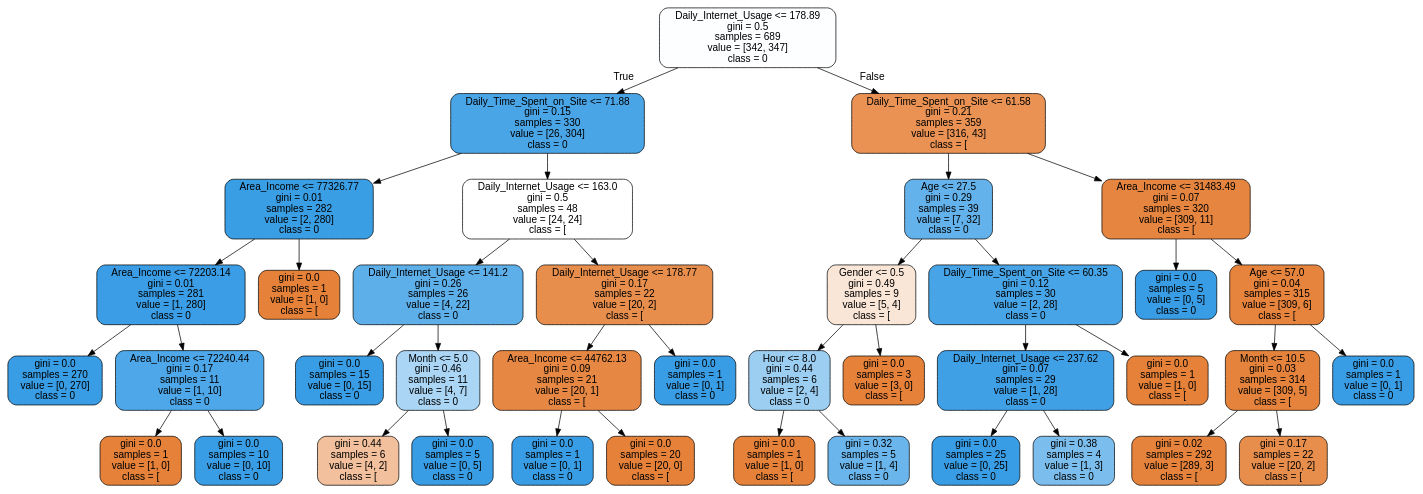
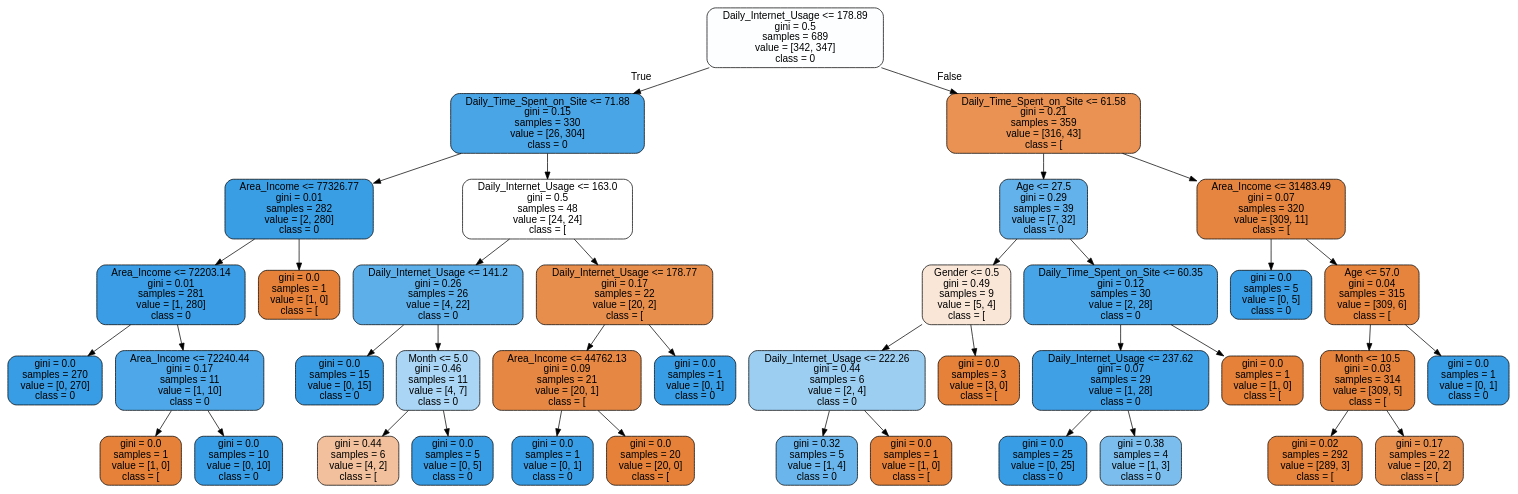
One commit to cmmoreno9/Effective_Targeting_of_Advertisments changed the diagram in code/tree.dot. Above: the diagram before and after it, drawn with Graphviz. The commit also changed 7 other files, not shown here.

```diff
--- a/code/tree.dot
+++ b/code/tree.dot
@@ -1,81 +1,81 @@
 digraph Tree {
 node [shape=box, style="filled, rounded", color="black", fontname="helvetica"] ;
 edge [fontname="helvetica"] ;
 0 [label="Daily_Internet_Usage <= 178.89\ngini = 0.5\nsamples = 689\nvalue = [342, 347]\nclass = 0", fillcolor="#fcfeff"] ;
 1 [label="Daily_Time_Spent_on_Site <= 71.88\ngini = 0.15\nsamples = 330\nvalue = [26, 304]\nclass = 0", fillcolor="#4aa5e7"] ;
 0 -> 1 [labeldistance=2.5, labelangle=45, headlabel="True"] ;
 2 [label="Area_Income <= 77326.77\ngini = 0.01\nsamples = 282\nvalue = [2, 280]\nclass = 0", fillcolor="#3a9ee5"] ;
 1 -> 2 ;
 3 [label="Area_Income <= 72203.14\ngini = 0.01\nsamples = 281\nvalue = [1, 280]\nclass = 0", fillcolor="#3a9de5"] ;
 2 -> 3 ;
 4 [label="gini = 0.0\nsamples = 270\nvalue = [0, 270]\nclass = 0", fillcolor="#399de5"] ;
 3 -> 4 ;
 5 [label="Area_Income <= 72240.44\ngini = 0.17\nsamples = 11\nvalue = [1, 10]\nclass = 0", fillcolor="#4da7e8"] ;
 3 -> 5 ;
 6 [label="gini = 0.0\nsamples = 1\nvalue = [1, 0]\nclass = [", fillcolor="#e58139"] ;
 5 -> 6 ;
 7 [label="gini = 0.0\nsamples = 10\nvalue = [0, 10]\nclass = 0", fillcolor="#399de5"] ;
 5 -> 7 ;
 8 [label="gini = 0.0\nsamples = 1\nvalue = [1, 0]\nclass = [", fillcolor="#e58139"] ;
 2 -> 8 ;
 9 [label="Daily_Internet_Usage <= 163.0\ngini = 0.5\nsamples = 48\nvalue = [24, 24]\nclass = [", fillcolor="#ffffff"] ;
 1 -> 9 ;
 10 [label="Daily_Internet_Usage <= 141.2\ngini = 0.26\nsamples = 26\nvalue = [4, 22]\nclass = 0", fillcolor="#5dafea"] ;
 9 -> 10 ;
 11 [label="gini = 0.0\nsamples = 15\nvalue = [0, 15]\nclass = 0", fillcolor="#399de5"] ;
 10 -> 11 ;
 12 [label="Month <= 5.0\ngini = 0.46\nsamples = 11\nvalue = [4, 7]\nclass = 0", fillcolor="#aad5f4"] ;
 10 -> 12 ;
 13 [label="gini = 0.44\nsamples = 6\nvalue = [4, 2]\nclass = [", fillcolor="#f2c09c"] ;
 12 -> 13 ;
 14 [label="gini = 0.0\nsamples = 5\nvalue = [0, 5]\nclass = 0", fillcolor="#399de5"] ;
 12 -> 14 ;
 15 [label="Daily_Internet_Usage <= 178.77\ngini = 0.17\nsamples = 22\nvalue = [20, 2]\nclass = [", fillcolor="#e88e4d"] ;
 9 -> 15 ;
 16 [label="Area_Income <= 44762.13\ngini = 0.09\nsamples = 21\nvalue = [20, 1]\nclass = [", fillcolor="#e68743"] ;
 15 -> 16 ;
 17 [label="gini = 0.0\nsamples = 1\nvalue = [0, 1]\nclass = 0", fillcolor="#399de5"] ;
 16 -> 17 ;
 18 [label="gini = 0.0\nsamples = 20\nvalue = [20, 0]\nclass = [", fillcolor="#e58139"] ;
 16 -> 18 ;
 19 [label="gini = 0.0\nsamples = 1\nvalue = [0, 1]\nclass = 0", fillcolor="#399de5"] ;
 15 -> 19 ;
 20 [label="Daily_Time_Spent_on_Site <= 61.58\ngini = 0.21\nsamples = 359\nvalue = [316, 43]\nclass = [", fillcolor="#e99254"] ;
 0 -> 20 [labeldistance=2.5, labelangle=-45, headlabel="False"] ;
 21 [label="Age <= 27.5\ngini = 0.29\nsamples = 39\nvalue = [7, 32]\nclass = 0", fillcolor="#64b2eb"] ;
 20 -> 21 ;
 22 [label="Gender <= 0.5\ngini = 0.49\nsamples = 9\nvalue = [5, 4]\nclass = [", fillcolor="#fae6d7"] ;
 21 -> 22 ;
-23 [label="Hour <= 8.0\ngini = 0.44\nsamples = 6\nvalue = [2, 4]\nclass = 0", fillcolor="#9ccef2"] ;
+23 [label="Daily_Internet_Usage <= 222.26\ngini = 0.44\nsamples = 6\nvalue = [2, 4]\nclass = 0", fillcolor="#9ccef2"] ;
 22 -> 23 ;
-24 [label="gini = 0.0\nsamples = 1\nvalue = [1, 0]\nclass = [", fillcolor="#e58139"] ;
+24 [label="gini = 0.32\nsamples = 5\nvalue = [1, 4]\nclass = 0", fillcolor="#6ab6ec"] ;
 23 -> 24 ;
-25 [label="gini = 0.32\nsamples = 5\nvalue = [1, 4]\nclass = 0", fillcolor="#6ab6ec"] ;
+25 [label="gini = 0.0\nsamples = 1\nvalue = [1, 0]\nclass = [", fillcolor="#e58139"] ;
 23 -> 25 ;
 26 [label="gini = 0.0\nsamples = 3\nvalue = [3, 0]\nclass = [", fillcolor="#e58139"] ;
 22 -> 26 ;
 27 [label="Daily_Time_Spent_on_Site <= 60.35\ngini = 0.12\nsamples = 30\nvalue = [2, 28]\nclass = 0", fillcolor="#47a4e7"] ;
 21 -> 27 ;
 28 [label="Daily_Internet_Usage <= 237.62\ngini = 0.07\nsamples = 29\nvalue = [1, 28]\nclass = 0", fillcolor="#40a0e6"] ;
 27 -> 28 ;
 29 [label="gini = 0.0\nsamples = 25\nvalue = [0, 25]\nclass = 0", fillcolor="#399de5"] ;
 28 -> 29 ;
 30 [label="gini = 0.38\nsamples = 4\nvalue = [1, 3]\nclass = 0", fillcolor="#7bbeee"] ;
 28 -> 30 ;
 31 [label="gini = 0.0\nsamples = 1\nvalue = [1, 0]\nclass = [", fillcolor="#e58139"] ;
 27 -> 31 ;
 32 [label="Area_Income <= 31483.49\ngini = 0.07\nsamples = 320\nvalue = [309, 11]\nclass = [", fillcolor="#e68540"] ;
 20 -> 32 ;
 33 [label="gini = 0.0\nsamples = 5\nvalue = [0, 5]\nclass = 0", fillcolor="#399de5"] ;
 32 -> 33 ;
 34 [label="Age <= 57.0\ngini = 0.04\nsamples = 315\nvalue = [309, 6]\nclass = [", fillcolor="#e6833d"] ;
 32 -> 34 ;
 35 [label="Month <= 10.5\ngini = 0.03\nsamples = 314\nvalue = [309, 5]\nclass = [", fillcolor="#e5833c"] ;
 34 -> 35 ;
 36 [label="gini = 0.02\nsamples = 292\nvalue = [289, 3]\nclass = [", fillcolor="#e5823b"] ;
 35 -> 36 ;
 37 [label="gini = 0.17\nsamples = 22\nvalue = [20, 2]\nclass = [", fillcolor="#e88e4d"] ;
 35 -> 37 ;
 38 [label="gini = 0.0\nsamples = 1\nvalue = [0, 1]\nclass = 0", fillcolor="#399de5"] ;
 34 -> 38 ;
 }
```
